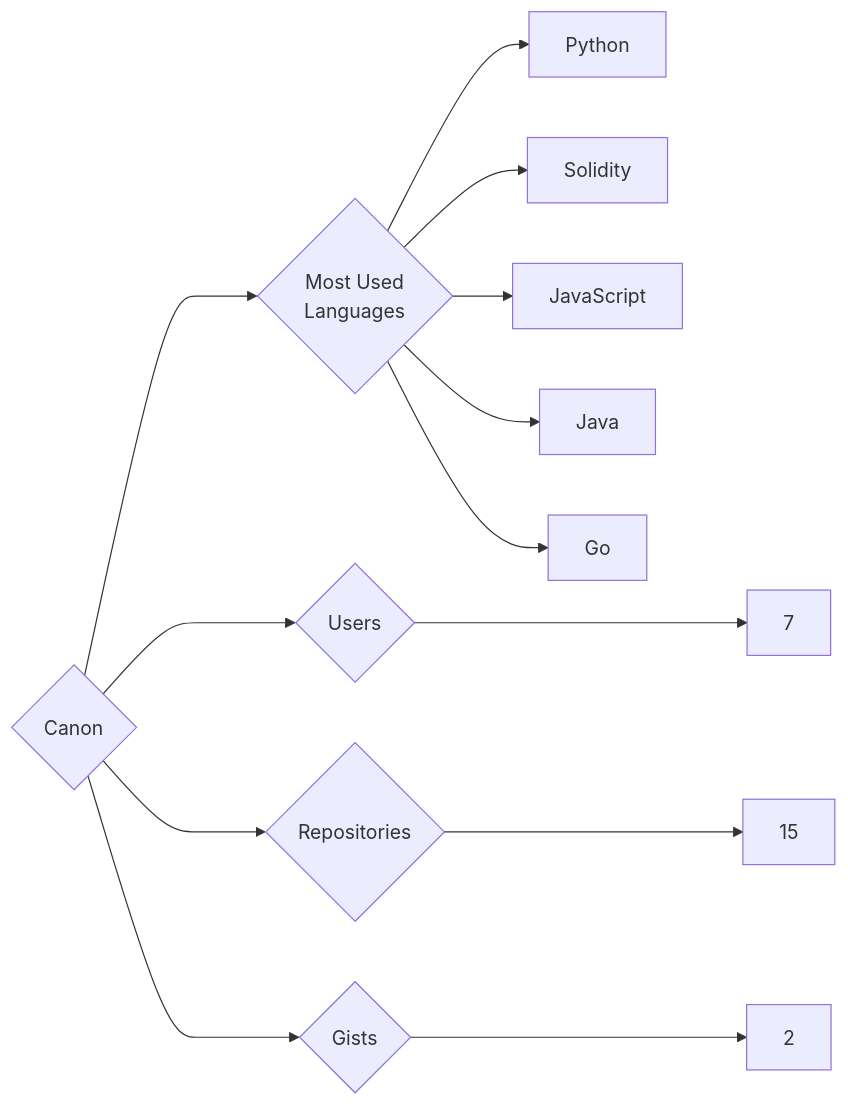
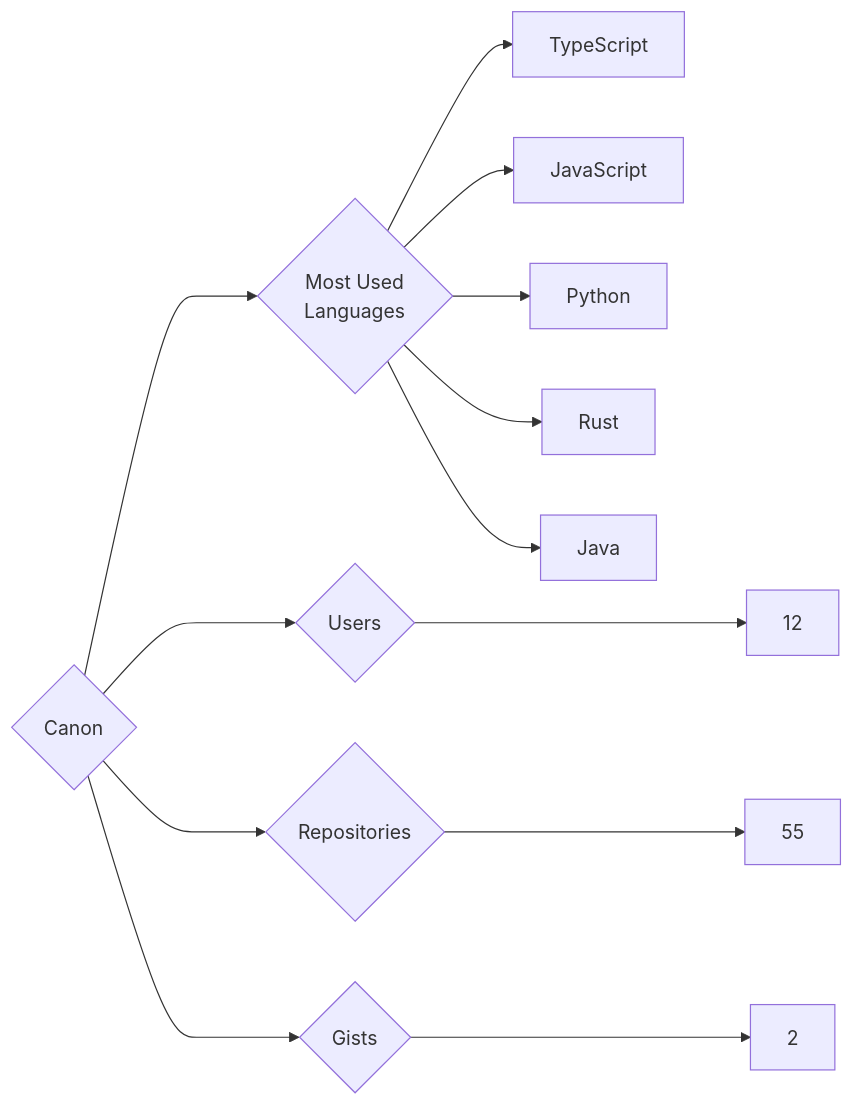
The diagram in targets/Canon/README.md (trickest/insiders), drawn with Mermaid before and after one commit. The commit also changed 786 other files, not shown here.

````diff
--- a/targets/Canon/README.md
+++ b/targets/Canon/README.md
@@ -3,13 +3,13 @@
 ```mermaid
 graph LR
 COMPANY_NAME{Canon}
-COMPANY_NAME ---> U{Users} ---> UN[7]
-COMPANY_NAME ---> R{Repositories} ---> RN[15]
+COMPANY_NAME ---> U{Users} ---> UN[12]
+COMPANY_NAME ---> R{Repositories} ---> RN[55]
 COMPANY_NAME ---> G{Gists} ---> GN[2]
 COMPANY_NAME ---> ML{Most Used<br>Languages}
+ML --> TypeScript[TypeScript]
+ML --> JavaScript[JavaScript]
 ML --> Python[Python]
-ML --> Solidity[Solidity]
-ML --> JavaScript[JavaScript]
+ML --> Rust[Rust]
 ML --> Java[Java]
-ML --> Go[Go]
 ```
````
